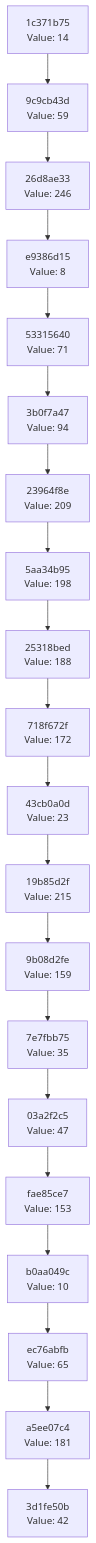
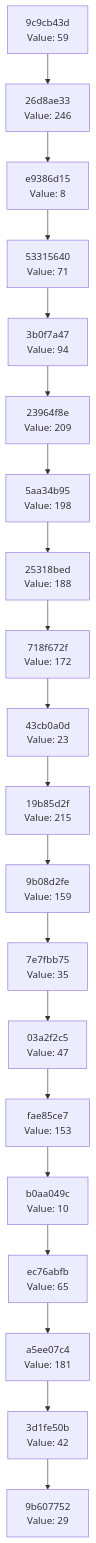
The diagram in docs/CHAIN_VISUALIZATION.md (Abhisheksinha1506/hash-chain-evolver), drawn with Mermaid before and after one commit. The commit also changed 2 other files, not shown here.

Commit message:
Evolution step: hash 0x1D → action executed

````diff
--- a/docs/CHAIN_VISUALIZATION.md
+++ b/docs/CHAIN_VISUALIZATION.md
@@ -3,42 +3,42 @@
 ```mermaid
 graph TD
-    C0["3d1fe50b<br/>Value: 42"]
-    C1["a5ee07c4<br/>Value: 181"]
+    C0["9b607752<br/>Value: 29"]
+    C1["3d1fe50b<br/>Value: 42"]
     C1 --> C0
-    C2["ec76abfb<br/>Value: 65"]
+    C2["a5ee07c4<br/>Value: 181"]
     C2 --> C1
-    C3["b0aa049c<br/>Value: 10"]
+    C3["ec76abfb<br/>Value: 65"]
     C3 --> C2
-    C4["fae85ce7<br/>Value: 153"]
+    C4["b0aa049c<br/>Value: 10"]
     C4 --> C3
-    C5["03a2f2c5<br/>Value: 47"]
+    C5["fae85ce7<br/>Value: 153"]
     C5 --> C4
-    C6["7e7fbb75<br/>Value: 35"]
+    C6["03a2f2c5<br/>Value: 47"]
     C6 --> C5
-    C7["9b08d2fe<br/>Value: 159"]
+    C7["7e7fbb75<br/>Value: 35"]
     C7 --> C6
-    C8["19b85d2f<br/>Value: 215"]
+    C8["9b08d2fe<br/>Value: 159"]
     C8 --> C7
-    C9["43cb0a0d<br/>Value: 23"]
+    C9["19b85d2f<br/>Value: 215"]
     C9 --> C8
-    C10["718f672f<br/>Value: 172"]
+    C10["43cb0a0d<br/>Value: 23"]
     C10 --> C9
-    C11["25318bed<br/>Value: 188"]
+    C11["718f672f<br/>Value: 172"]
     C11 --> C10
-    C12["5aa34b95<br/>Value: 198"]
+    C12["25318bed<br/>Value: 188"]
     C12 --> C11
-    C13["23964f8e<br/>Value: 209"]
+    C13["5aa34b95<br/>Value: 198"]
     C13 --> C12
-    C14["3b0f7a47<br/>Value: 94"]
+    C14["23964f8e<br/>Value: 209"]
     C14 --> C13
-    C15["53315640<br/>Value: 71"]
+    C15["3b0f7a47<br/>Value: 94"]
     C15 --> C14
-    C16["e9386d15<br/>Value: 8"]
+    C16["53315640<br/>Value: 71"]
     C16 --> C15
-    C17["26d8ae33<br/>Value: 246"]
+    C17["e9386d15<br/>Value: 8"]
     C17 --> C16
-    C18["9c9cb43d<br/>Value: 59"]
+    C18["26d8ae33<br/>Value: 246"]
     C18 --> C17
-    C19["1c371b75<br/>Value: 14"]
+    C19["9c9cb43d<br/>Value: 59"]
     C19 --> C18
 ```
````
